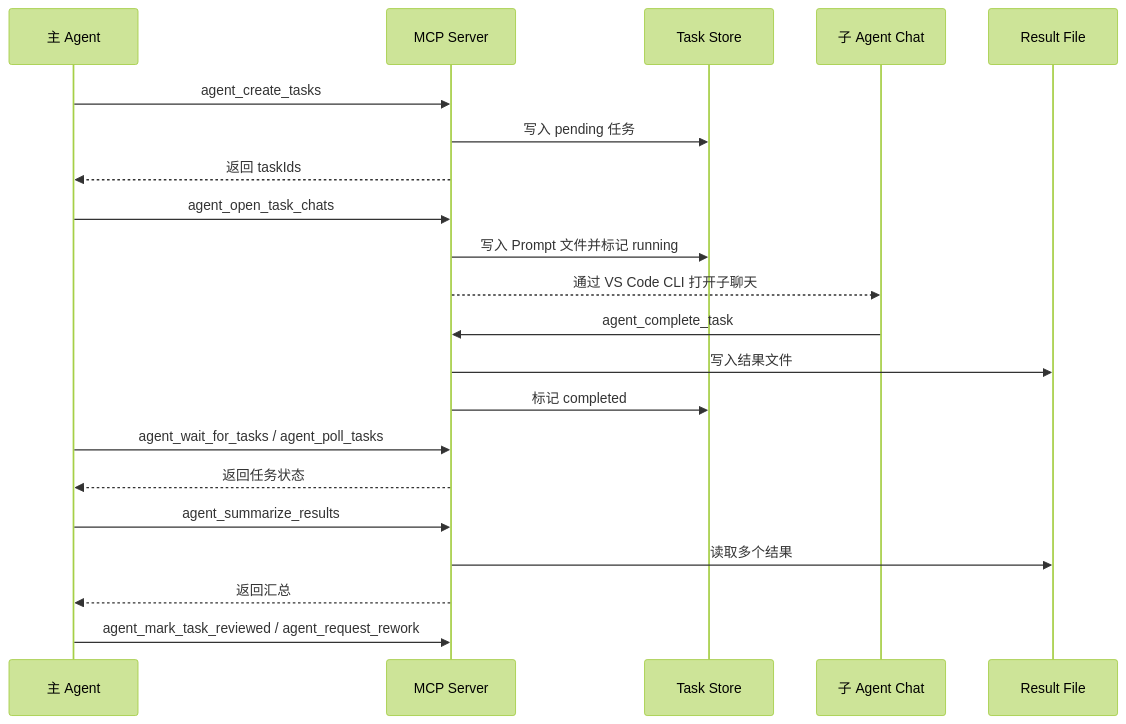
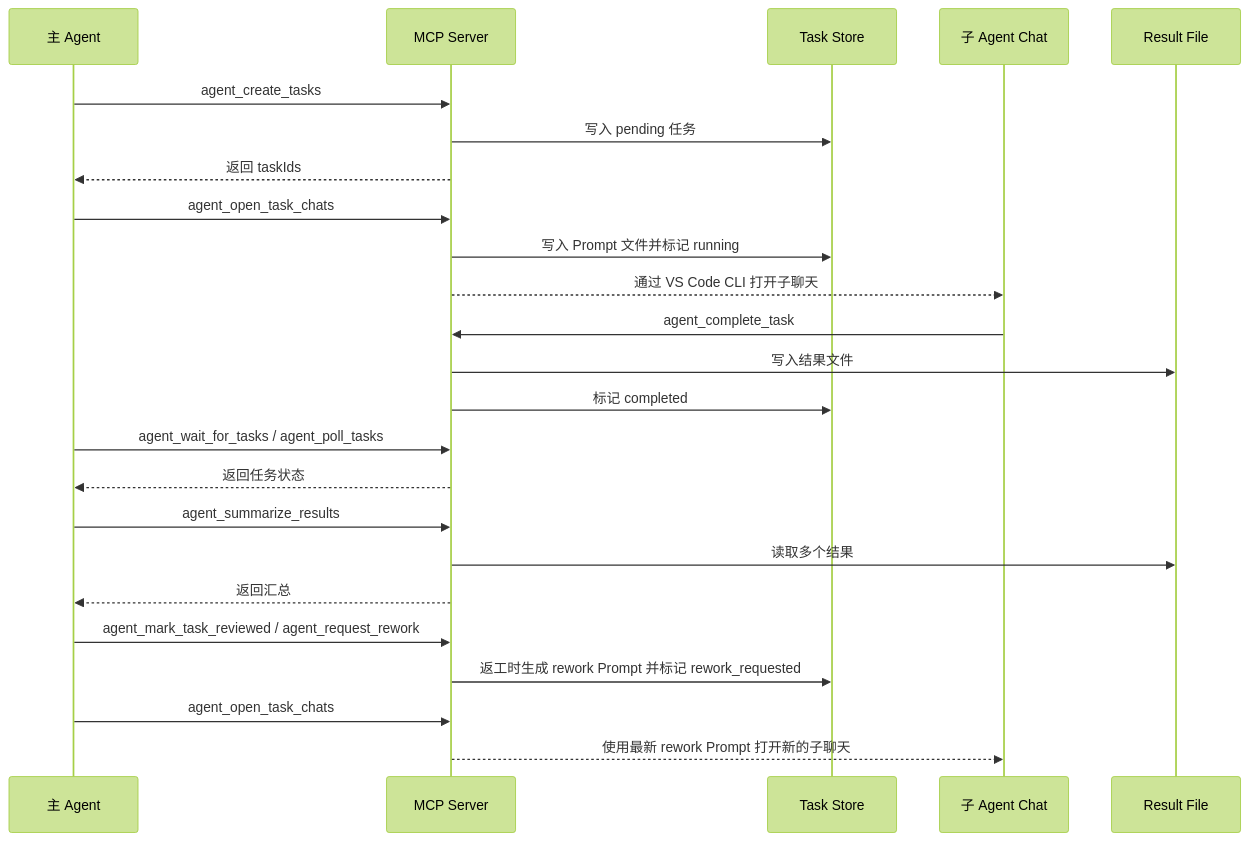
Before and after one commit to TomorrowLM/lm-ai-future: the second of 2 diagrams in front/mcp/agent-orchestrator-mcp/README.md, drawn with Mermaid (forest theme). The commit also changed other lines of this file and 8 other files, not shown here.

Commit message:
feat(mcp): 支持 Agent 编排任务返工流程与重新打开子聊天

````diff
--- a/front/mcp/agent-orchestrator-mcp/README.md
+++ b/front/mcp/agent-orchestrator-mcp/README.md
@@ -150,24 +182,27 @@
 ```mermaid
 sequenceDiagram
 	participant Main as 主 Agent
 	participant MCP as MCP Server
 	participant Store as Task Store
 	participant Chat as 子 Agent Chat
 	participant Result as Result File
 
 	Main->>MCP: agent_create_tasks
 	MCP->>Store: 写入 pending 任务
 	MCP-->>Main: 返回 taskIds
 	Main->>MCP: agent_open_task_chats
 	MCP->>Store: 写入 Prompt 文件并标记 running
 	MCP-->>Chat: 通过 VS Code CLI 打开子聊天
 	Chat->>MCP: agent_complete_task
 	MCP->>Result: 写入结果文件
 	MCP->>Store: 标记 completed
 	Main->>MCP: agent_wait_for_tasks / agent_poll_tasks
 	MCP-->>Main: 返回任务状态
 	Main->>MCP: agent_summarize_results
 	MCP->>Result: 读取多个结果
 	MCP-->>Main: 返回汇总
 	Main->>MCP: agent_mark_task_reviewed / agent_request_rework
+	MCP->>Store: 返工时生成 rework Prompt 并标记 rework_requested
+	Main->>MCP: agent_open_task_chats
+	MCP-->>Chat: 使用最新 rework Prompt 打开新的子聊天
 ```
````
